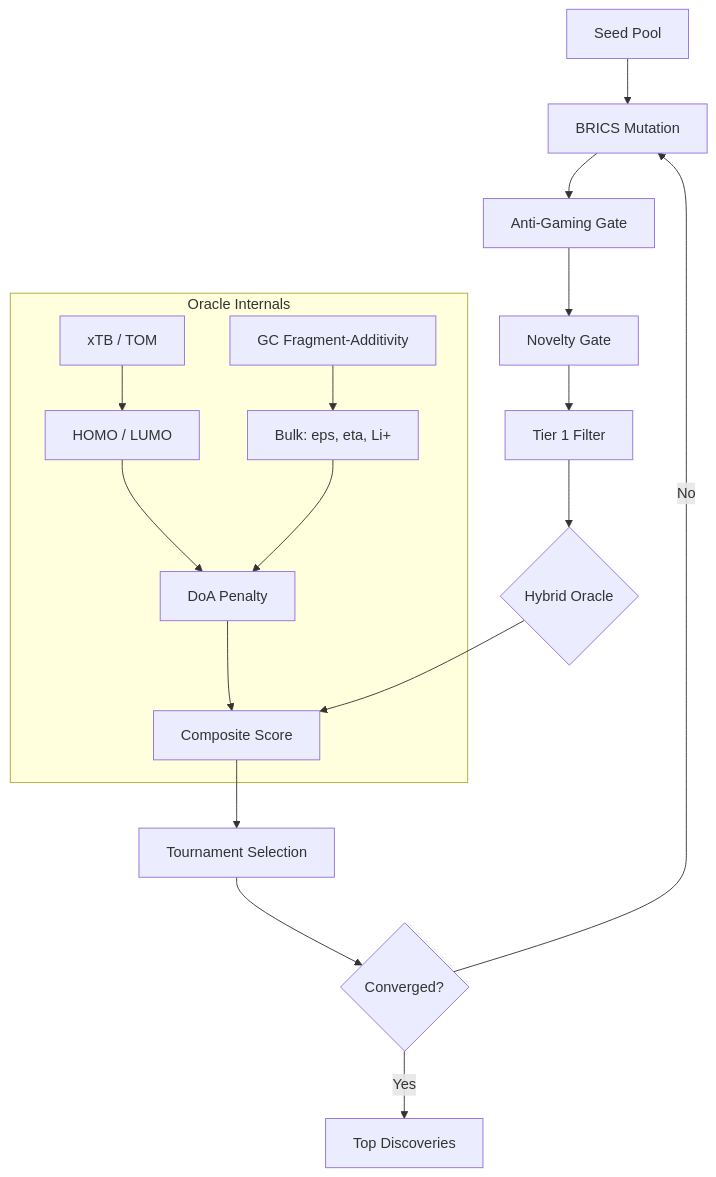
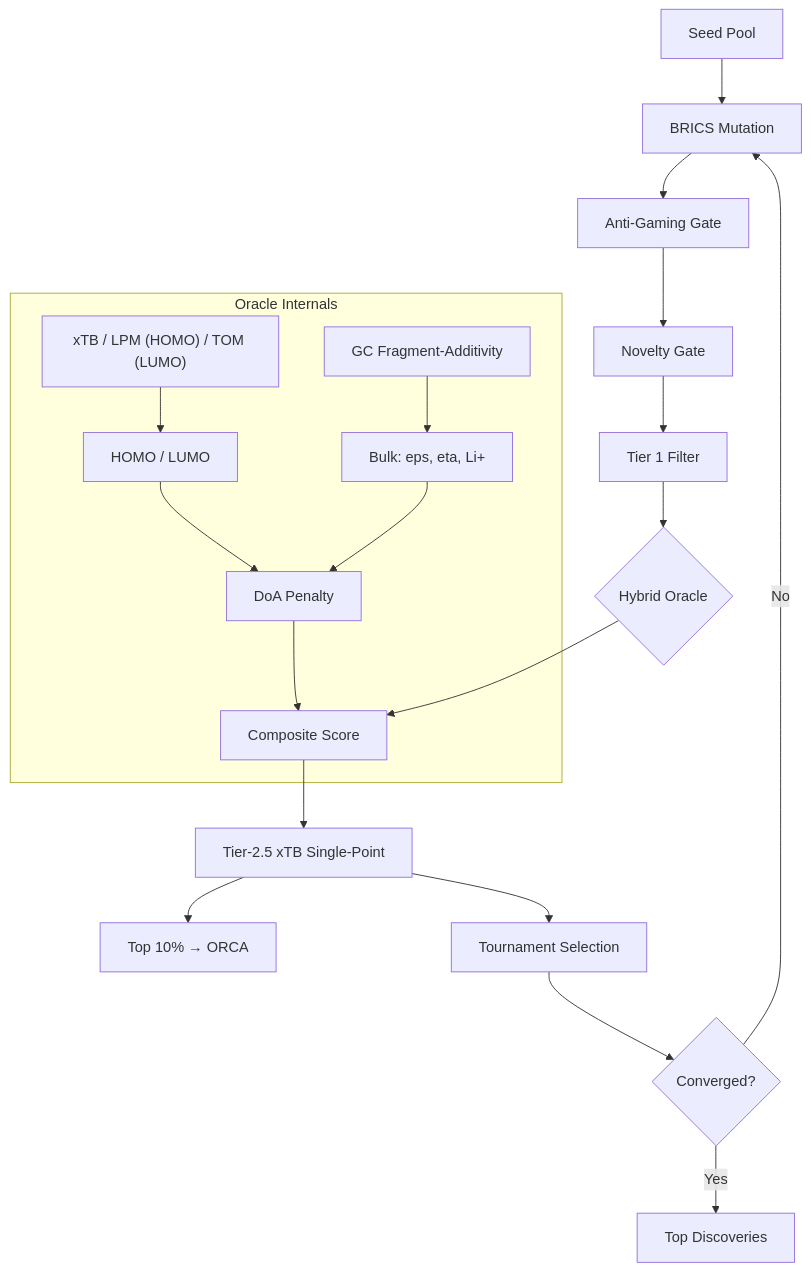
The diagram in README.md (tomwolfe/ProjectAurelius), drawn with Mermaid before and after one commit. The commit also changed other lines of this file and 1 other file, not shown here.

First line of the commit message:
docs: v12.0 README — honest numbers, LPM, suggest-experiment, Tier-2.5, mixtures

````diff
--- a/README.md
+++ b/README.md
@@ -47,22 +76,24 @@
 ```mermaid
 flowchart TD
     A["Seed Pool"] --> B["BRICS Mutation"]
     B --> C["Anti-Gaming Gate"]
     C --> D["Novelty Gate"]
     D --> E["Tier 1 Filter"]
     E --> F{"Hybrid Oracle"}
 
     subgraph Oracle["Oracle Internals"]
-        G["xTB / TOM"] --> H["HOMO / LUMO"]
+        G["xTB / LPM (HOMO) / TOM (LUMO)"] --> H["HOMO / LUMO"]
         I["GC Fragment-Additivity"] --> J["Bulk: eps, eta, Li+"]
         H --> K["DoA Penalty"]
         J --> K
         K --> L["Composite Score"]
     end
 
     F --> L
-    L --> M["Tournament Selection"]
-    M --> N{"Converged?"}
-    N -->|No| B
-    N -->|Yes| O["Top Discoveries"]
+    L --> M["Tier-2.5 xTB Single-Point"]
+    M --> N["Top 10% → ORCA"]
+    M --> O["Tournament Selection"]
+    O --> P{"Converged?"}
+    P -->|No| B
+    P -->|Yes| Q["Top Discoveries"]
 ```
````
